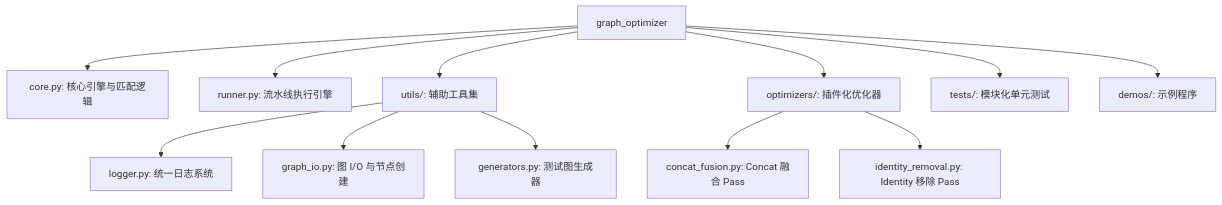
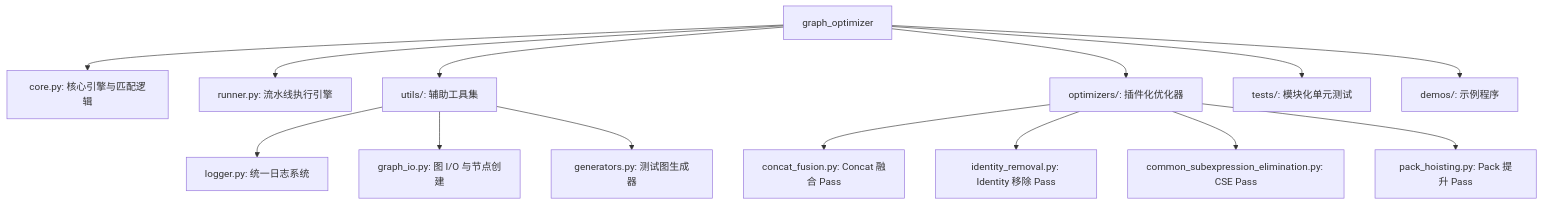
One commit to Iorest/graph_optimizer changed the diagram in readme_cn.md. Above: the diagram before and after it, drawn with Mermaid. The commit also changed other lines of this file and 12 other files, not shown here.

````diff
--- a/readme_cn.md
+++ b/readme_cn.md
@@ -17,14 +19,16 @@
 ```mermaid
 graph TD
     Root[graph_optimizer] --> Core[core.py: 核心引擎与匹配逻辑]
     Root --> Runner[runner.py: 流水线执行引擎]
     Root --> Utils[utils/: 辅助工具集]
     Utils --> Log[logger.py: 统一日志系统]
     Utils --> IO[graph_io.py: 图 I/O 与节点创建]
     Utils --> Gen[generators.py: 测试图生成器]
     Root --> Opts[optimizers/: 插件化优化器]
     Opts --> CF[concat_fusion.py: Concat 融合 Pass]
     Opts --> IR[identity_removal.py: Identity 移除 Pass]
+    Opts --> CSE[common_subexpression_elimination.py: CSE Pass]
+    Opts --> PH[pack_hoisting.py: Pack 提升 Pass]
     Root --> Tests[tests/: 模块化单元测试]
     Root --> Demos[demos/: 示例程序]
 ```
````
